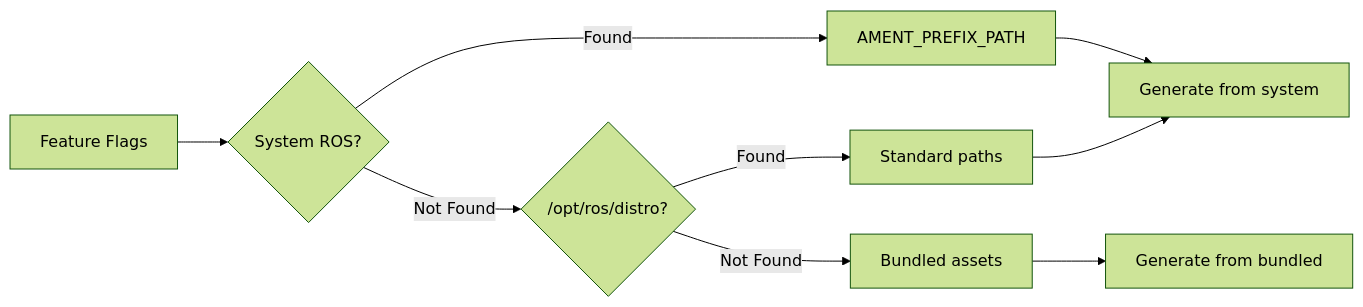
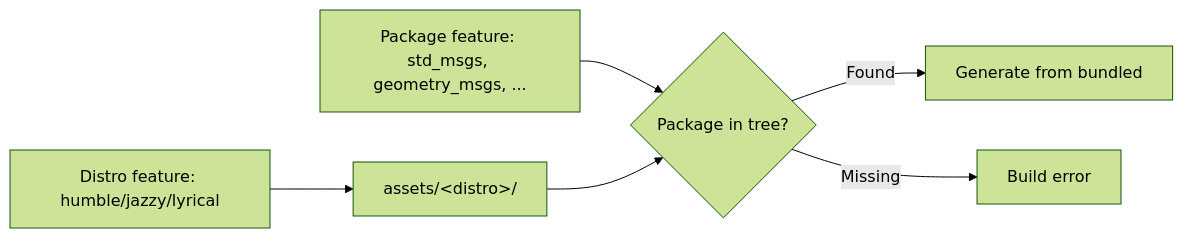
The fourth of 6 diagrams in docs/user-guide/message-generation.md (ZettaScaleLabs/hiroz), drawn with Mermaid (forest theme) before and after one commit. The commit also changed other lines of this file and 3 other files, not shown here.

First line of the commit message:
docs(msgs): drop stale system-ROS discovery fallback from message-generation docs

````diff
--- a/docs/user-guide/message-generation.md
+++ b/docs/user-guide/message-generation.md
@@ -181,14 +176,10 @@
 ```mermaid
 flowchart LR
-accTitle: Package discovery order by feature flags and ROS installation presence
-accDescr: Feature flags trigger discovery that checks for a system ROS installation via AMENT_PREFIX_PATH or standard distro paths, falling back to bundled assets when no ROS is installed.
-    A[Feature Flags] --> B{System ROS?}
-    B -->|Found| C[AMENT_PREFIX_PATH]
-    B -->|Not Found| D{/opt/ros/distro?}
-    D -->|Found| E[Standard paths]
-    D -->|Not Found| F[Bundled assets]
-
-    C --> G[Generate from system]
-    E --> G
-    F --> H[Generate from bundled]
+accTitle: Package discovery order by distro feature and requested package features
+accDescr: A distro Cargo feature selects one bundled asset tree; each enabled package feature is then resolved against that tree, generating from bundled assets on a match or failing the build if the package is missing.
+    A[Distro feature: humble/jazzy/lyrical] --> B[assets/&lt;distro&gt;/]
+    C[Package feature: std_msgs, geometry_msgs, ...] --> D{Package in tree?}
+    B --> D
+    D -->|Found| E[Generate from bundled]
+    D -->|Missing| F[Build error]
 ```
````
